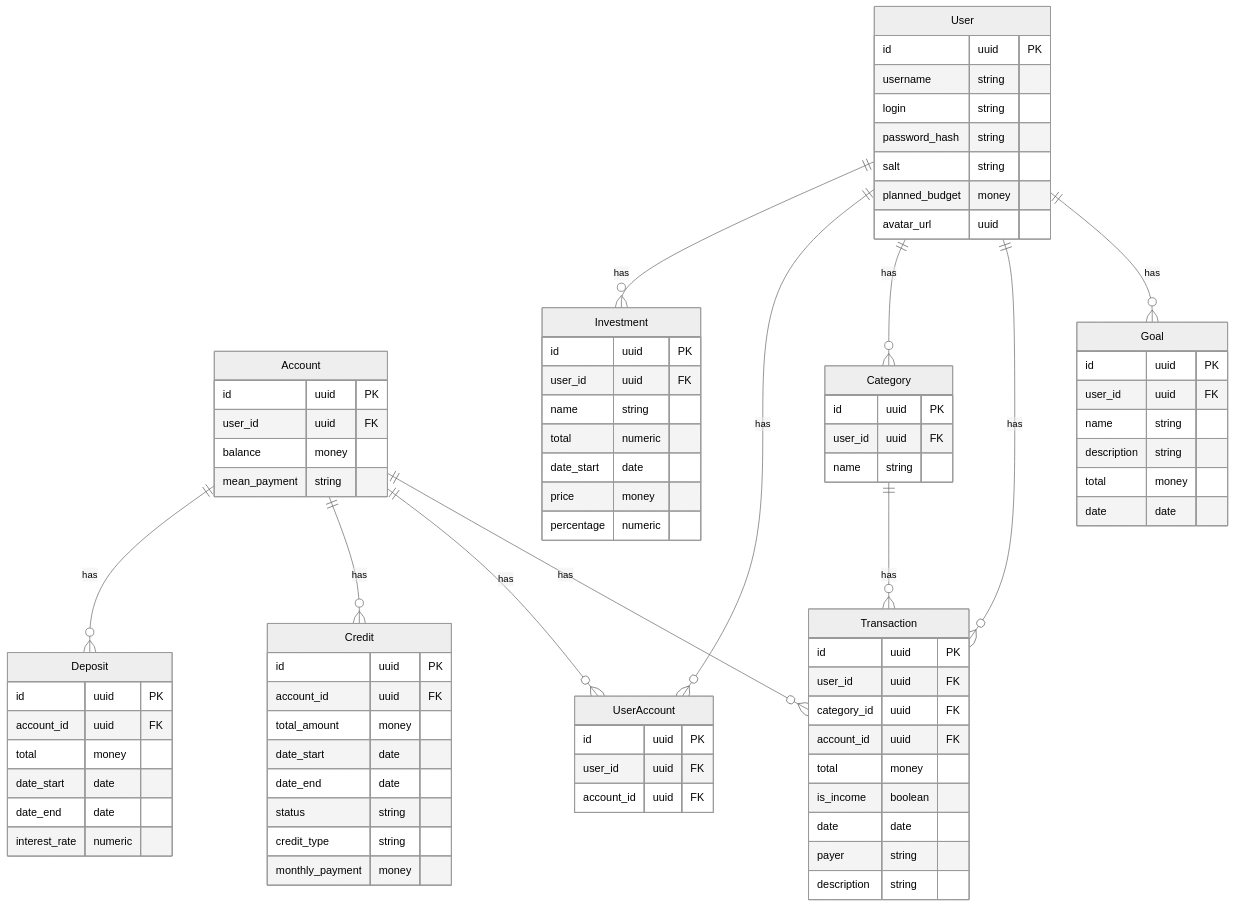
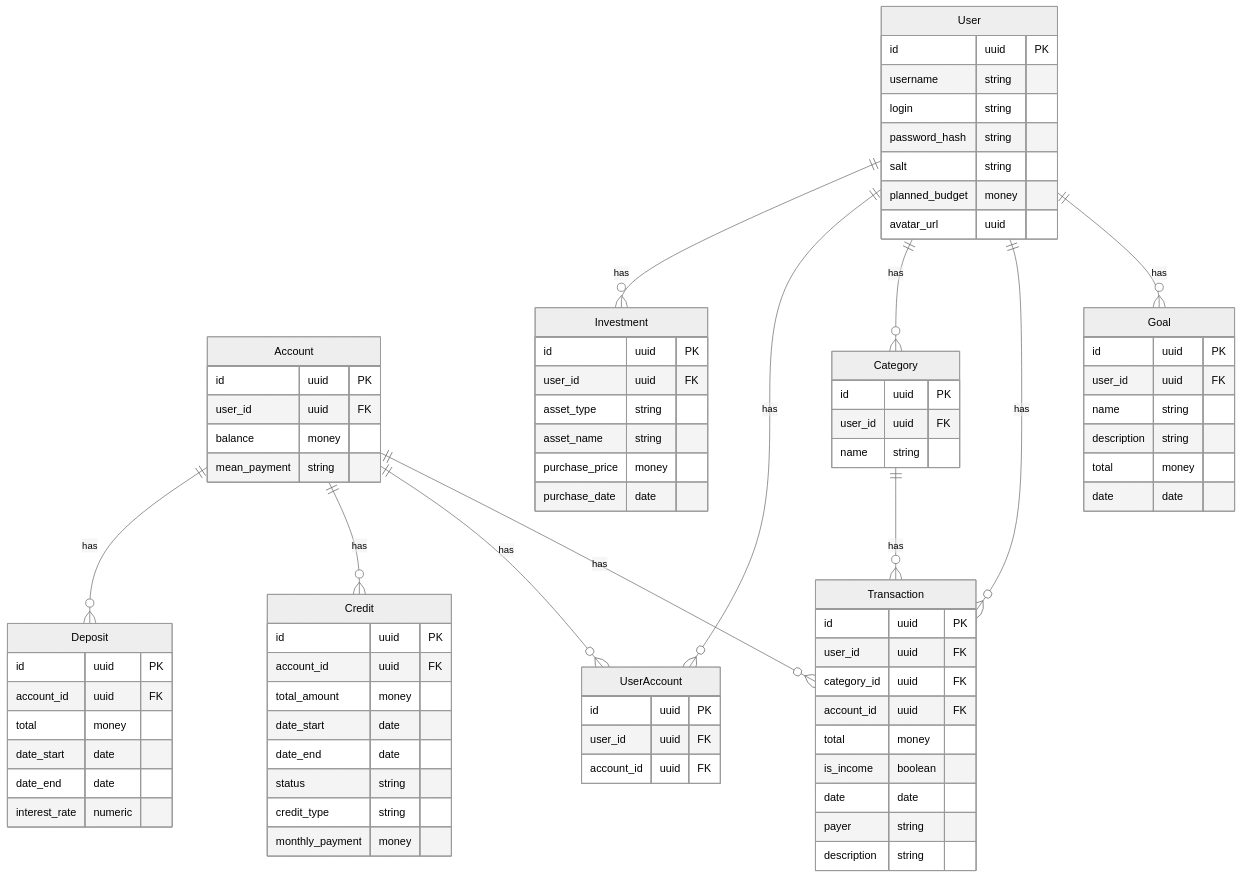
One commit to go-park-mail-ru/2023_2_Hamster changed the diagram in db/normalized/relations.md. Above: the diagram before and after it, drawn with Mermaid (neutral theme). The commit also changed other lines of this file and 1 other file, not shown here.

Commit message:
Correct mistakes

```diff
--- a/db/normalized/relations.md
+++ b/db/normalized/relations.md
@@ -83,11 +83,11 @@
     Investment {
         id uuid  PK
         user_id uuid  FK
-        name string 
-        total numeric 
-        date_start date
-        price money
-        percentage numeric
+        asset_type string
+        asset_name string
+        purchase_price money 
+        purchase_date date
+
     }
     Credit {
         id uuid  PK
```
